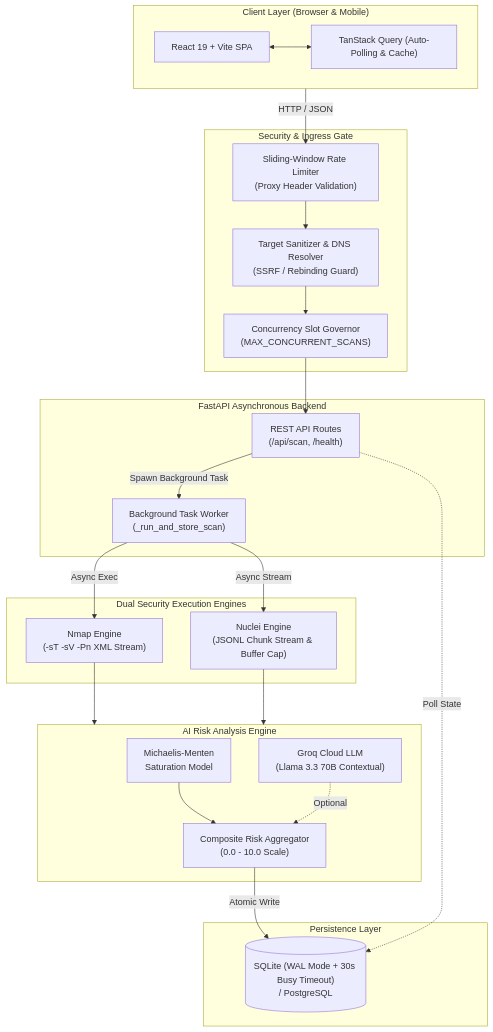
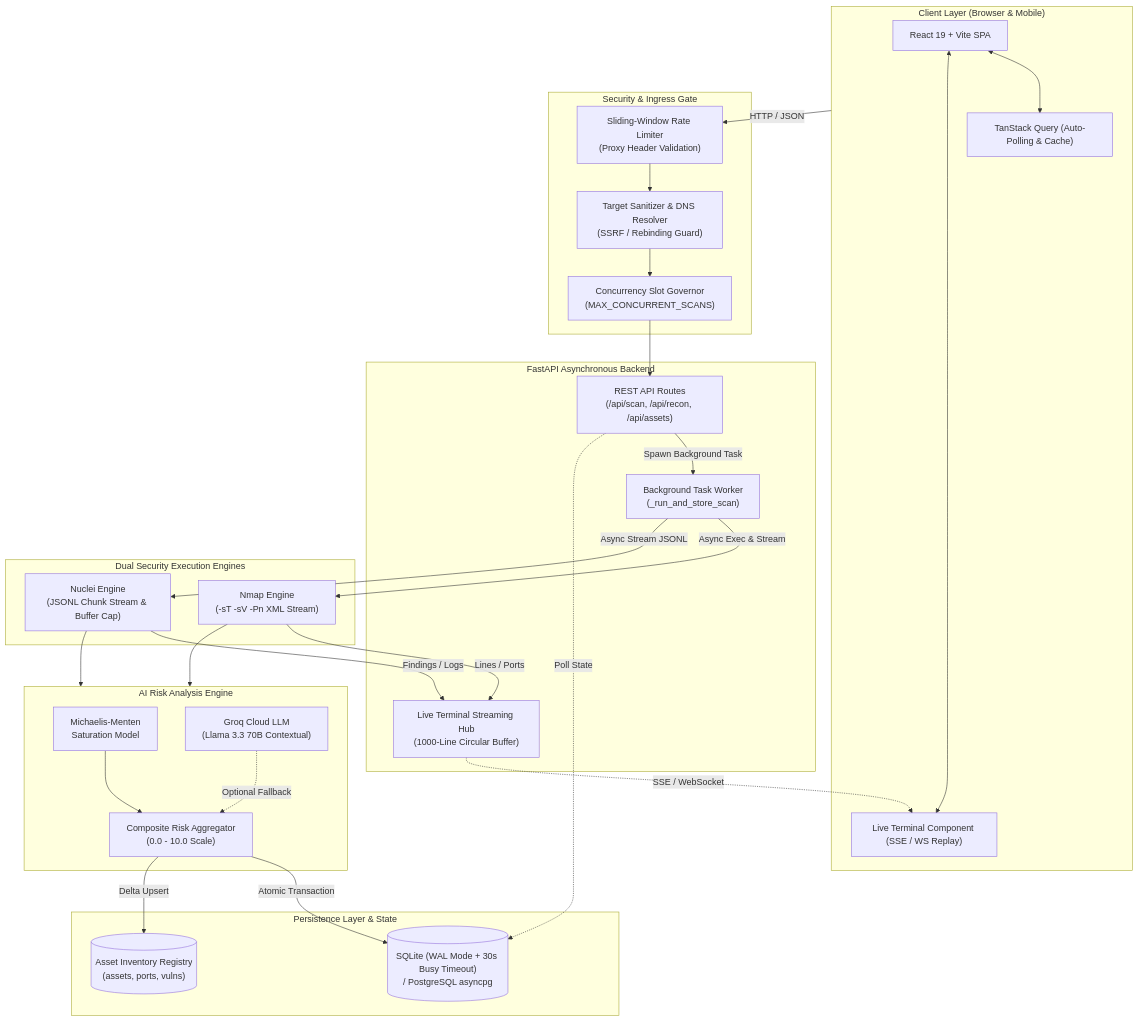
The first of 5 diagrams in README.md (prithvi-01x/XenoraSec), drawn with Mermaid before and after one commit. The commit also changed other lines of this file, not shown here.

Commit message:
docs(readme): enhance high-level and subsystem Mermaid architecture diagrams

````diff
--- a/README.md
+++ b/README.md
@@ -96,48 +96,56 @@
 ```mermaid
 flowchart TB
     subgraph Client ["Client Layer (Browser & Mobile)"]
         UI["React 19 + Vite SPA"]
         TQ["TanStack Query (Auto-Polling & Cache)"]
+        TERM["Live Terminal Component (SSE / WS Replay)"]
         UI <--> TQ
+        UI <--> TERM
     end
 
     subgraph SecurityGate ["Security & Ingress Gate"]
         RL["Sliding-Window Rate Limiter\n(Proxy Header Validation)"]
         VAL["Target Sanitizer & DNS Resolver\n(SSRF / Rebinding Guard)"]
         SEM["Concurrency Slot Governor\n(MAX_CONCURRENT_SCANS)"]
     end
 
     subgraph Core ["FastAPI Asynchronous Backend"]
-        ROUTER["REST API Routes\n(/api/scan, /health)"]
+        ROUTER["REST API Routes\n(/api/scan, /api/recon, /api/assets)"]
         TASK["Background Task Worker\n(_run_and_store_scan)"]
+        HUB["Live Terminal Streaming Hub\n(1000-Line Circular Buffer)"]
     end
 
     subgraph Engines ["Dual Security Execution Engines"]
         NMAP["Nmap Engine\n(-sT -sV -Pn XML Stream)"]
         NUCLEI["Nuclei Engine\n(JSONL Chunk Stream & Buffer Cap)"]
     end
 
     subgraph Analysis ["AI Risk Analysis Engine"]
         HEUR["Michaelis-Menten\nSaturation Model"]
         GROQ["Groq Cloud LLM\n(Llama 3.3 70B Contextual)"]
         AGG["Composite Risk Aggregator\n(0.0 - 10.0 Scale)"]
     end
 
-    subgraph Database ["Persistence Layer"]
-        DB[("SQLite (WAL Mode + 30s Busy Timeout)\n/ PostgreSQL")]
+    subgraph Persistence ["Persistence Layer & State"]
+        DB[("SQLite (WAL Mode + 30s Busy Timeout)\n/ PostgreSQL asyncpg")]
+        ASM[("Asset Inventory Registry\n(assets, ports, vulns)")]
     end
 
     Client -->|HTTP / JSON| RL
     RL --> VAL
     VAL --> SEM
     SEM --> ROUTER
     ROUTER -->|Spawn Background Task| TASK
-    TASK -->|Async Exec| NMAP
-    TASK -->|Async Stream| NUCLEI
+    TASK -->|Async Exec & Stream| NMAP
+    TASK -->|Async Stream JSONL| NUCLEI
+    NMAP -->|Lines / Ports| HUB
+    NUCLEI -->|Findings / Logs| HUB
+    HUB -.->|SSE / WebSocket| TERM
     NMAP --> Analysis
     NUCLEI --> Analysis
     HEUR --> AGG
-    GROQ -.->|Optional| AGG
-    AGG -->|Atomic Write| DB
+    GROQ -.->|Optional Fallback| AGG
+    AGG -->|Atomic Transaction| DB
+    AGG -->|Delta Upsert| ASM
     ROUTER -.->|Poll State| DB
 ```
````
